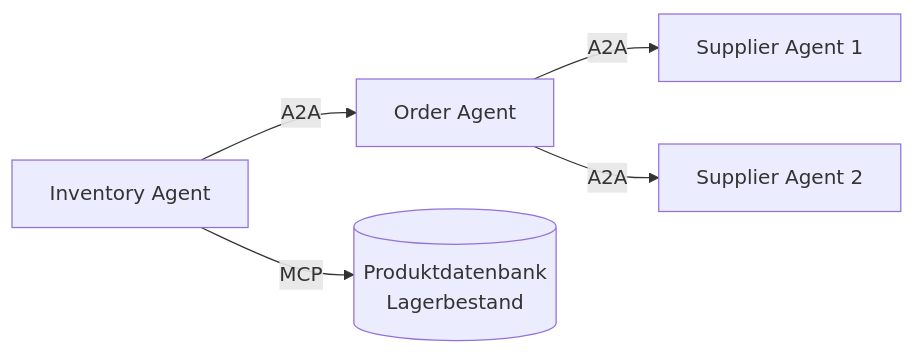
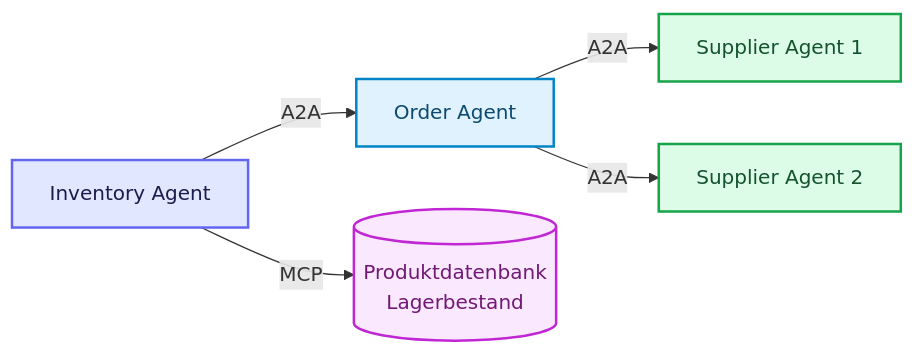
The eighth of 9 diagrams in docs/06-multi-agent-erweiterungen/agenten-kommunikationsprotokolle.md (ralf-42/Agenten), drawn with Mermaid before and after one commit. The commit also changed other lines of this file and 18 other files, not shown here.

````diff
--- a/docs/06-multi-agent-erweiterungen/agenten-kommunikationsprotokolle.md
+++ b/docs/06-multi-agent-erweiterungen/agenten-kommunikationsprotokolle.md
@@ -288,13 +320,22 @@
 ```mermaid
 flowchart LR
     IA["Inventory Agent"]
     OA["Order Agent"]
     SA1["Supplier Agent 1"]
     SA2["Supplier Agent 2"]
-    DB[("Produktdatenbank\nLagerbestand")]
+    DB[("Produktdatenbank<br/>Lagerbestand")]
 
     IA -->|MCP| DB
     IA -->|A2A| OA
     OA -->|A2A| SA1
     OA -->|A2A| SA2
+
+    classDef default fill:#e0f2fe,stroke:#0284c7,stroke-width:2px,color:#0c4a6e;
+    classDef input fill:#e0e7ff,stroke:#6366f1,stroke-width:2px,color:#1e1b4b;
+    classDef output fill:#dcfce7,stroke:#16a34a,stroke-width:2px,color:#14532d;
+    classDef target fill:#fae8ff,stroke:#c026d3,stroke-width:2px,color:#701a75;
+
+    class IA input;
+    class SA1,SA2 output;
+    class DB target;
 ```
````
